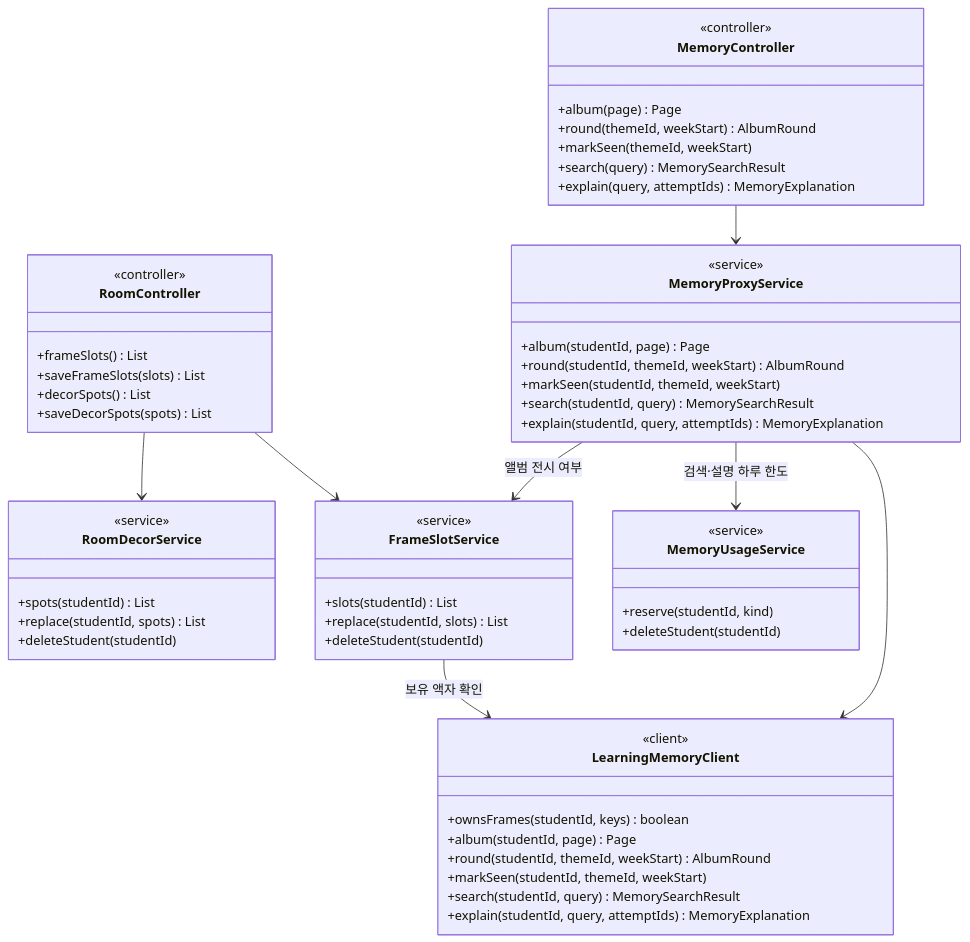
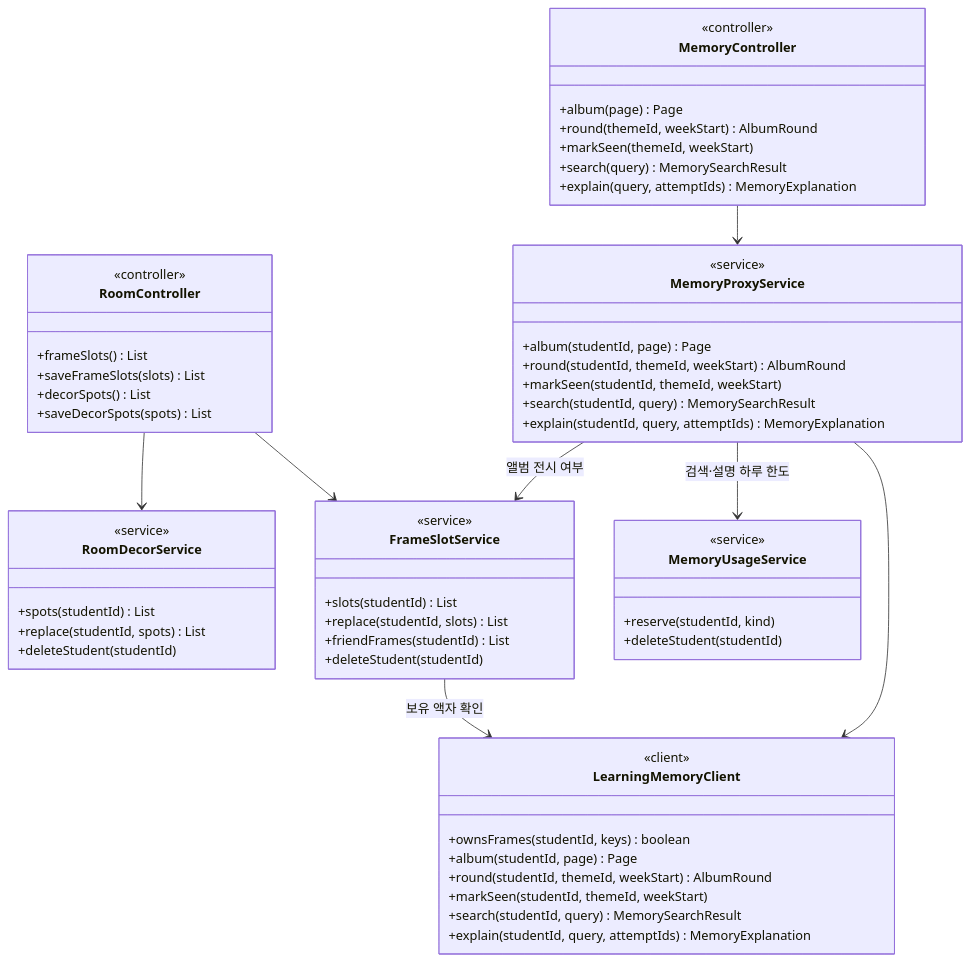
One commit to SKNETWORKS-FAMILY-AICAMP/SKN34-FINAL-3TEAM changed the ninth of 23 diagrams in docs/design/class-diagram.md. Above: the diagram before and after it, drawn with Mermaid. The commit also changed other lines of this file and 20 other files, not shown here.

````diff
--- a/docs/design/class-diagram.md
+++ b/docs/design/class-diagram.md
@@ -1435,61 +1450,62 @@
 ```mermaid
 classDiagram
   direction TB
   class RoomController {
     <<controller>>
     +frameSlots() List
     +saveFrameSlots(slots) List
     +decorSpots() List
     +saveDecorSpots(spots) List
   }
   class RoomDecorService {
     <<service>>
     +spots(studentId) List
     +replace(studentId, spots) List
     +deleteStudent(studentId)
   }
   class MemoryController {
     <<controller>>
     +album(page) Page
     +round(themeId, weekStart) AlbumRound
     +markSeen(themeId, weekStart)
     +search(query) MemorySearchResult
     +explain(query, attemptIds) MemoryExplanation
   }
   class FrameSlotService {
     <<service>>
     +slots(studentId) List
     +replace(studentId, slots) List
+    +friendFrames(studentId) List
     +deleteStudent(studentId)
   }
   class MemoryUsageService {
     <<service>>
     +reserve(studentId, kind)
     +deleteStudent(studentId)
   }
   class MemoryProxyService {
     <<service>>
     +album(studentId, page) Page
     +round(studentId, themeId, weekStart) AlbumRound
     +markSeen(studentId, themeId, weekStart)
     +search(studentId, query) MemorySearchResult
     +explain(studentId, query, attemptIds) MemoryExplanation
   }
   class LearningMemoryClient {
     <<client>>
     +ownsFrames(studentId, keys) boolean
     +album(studentId, page) Page
     +round(studentId, themeId, weekStart) AlbumRound
     +markSeen(studentId, themeId, weekStart)
     +search(studentId, query) MemorySearchResult
     +explain(studentId, query, attemptIds) MemoryExplanation
   }
 
   RoomController --> FrameSlotService
   RoomController --> RoomDecorService
   MemoryController --> MemoryProxyService
   FrameSlotService --> LearningMemoryClient : 보유 액자 확인
   MemoryProxyService --> MemoryUsageService : 검색·설명 하루 한도
   MemoryProxyService --> FrameSlotService : 앨범 전시 여부
   MemoryProxyService --> LearningMemoryClient
 ```
````
